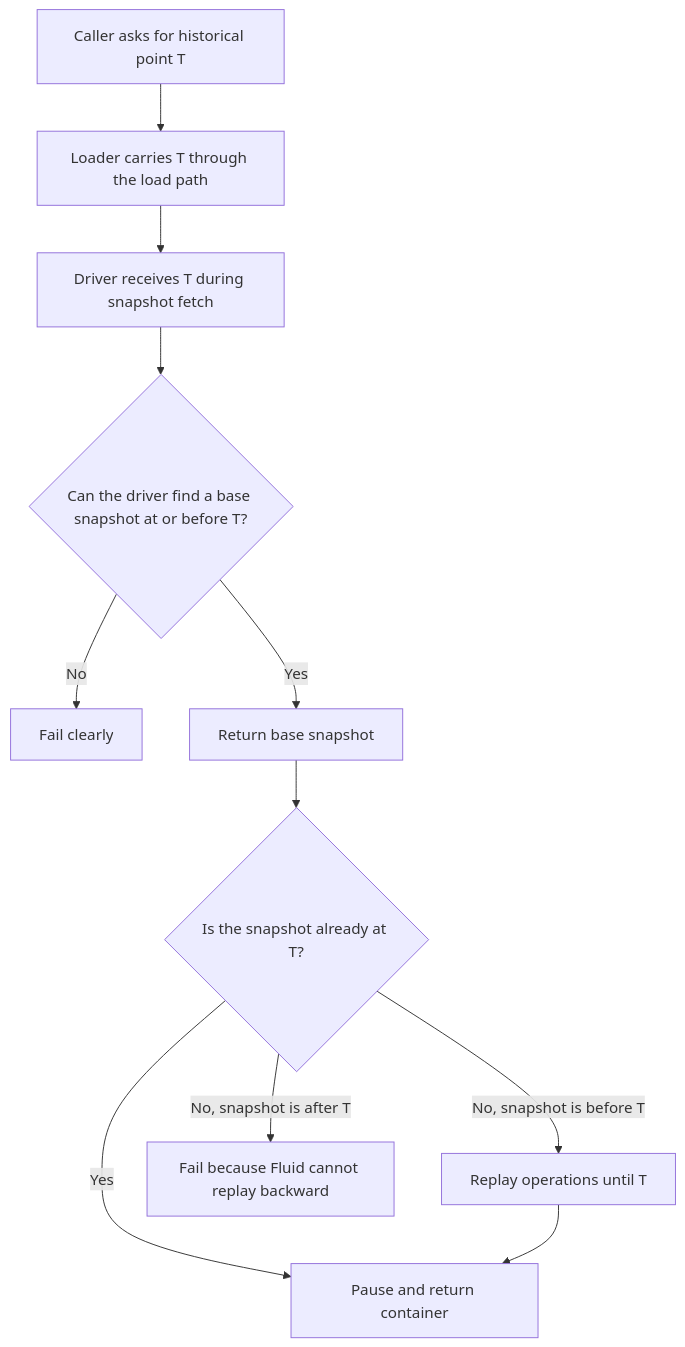
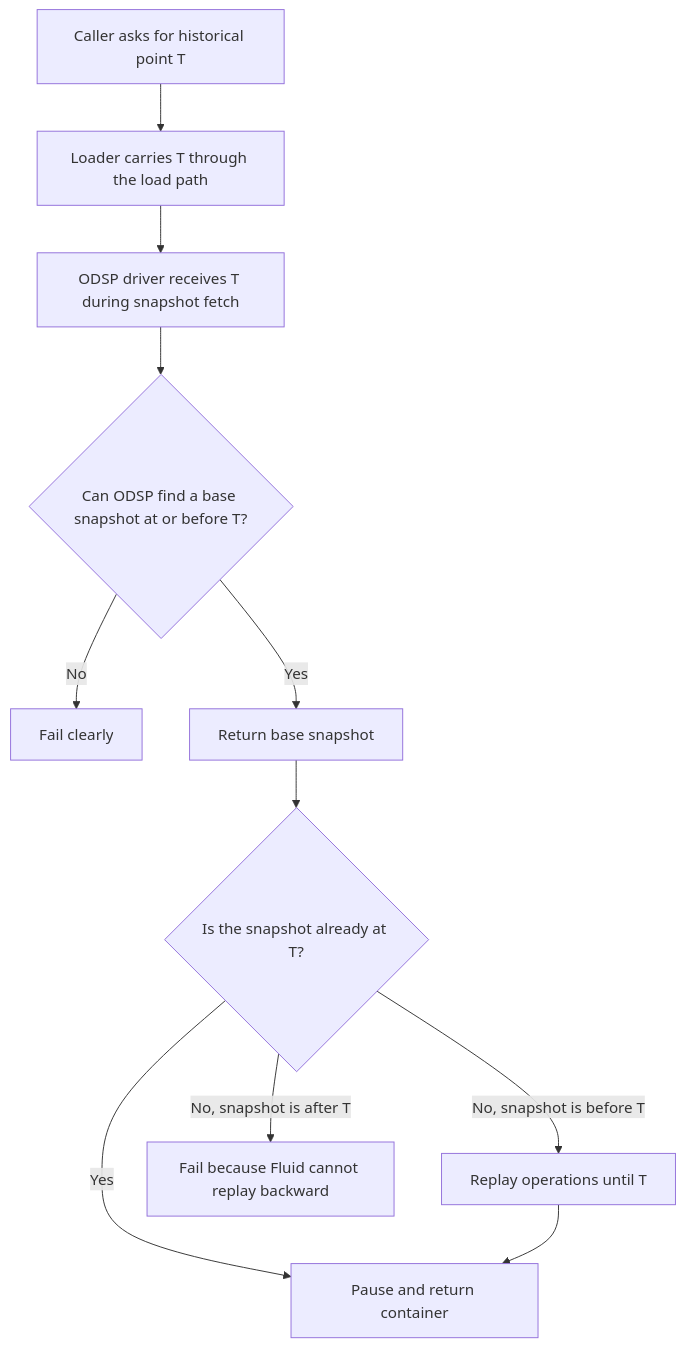
The first of 2 diagrams in packages/loader/container-loader/DEV.md (microsoft/FluidFramework), drawn with Mermaid before and after one commit. The commit also changed other lines of this file and 3 other files, not shown here.

````diff
--- a/packages/loader/container-loader/DEV.md
+++ b/packages/loader/container-loader/DEV.md
@@ -79,13 +79,13 @@
 ```mermaid
 flowchart TD
 	A[Caller asks for historical point T] --> B[Loader carries T through the load path]
-	B --> C[Driver receives T during snapshot fetch]
-	C --> D{Can the driver find a base snapshot at or before T?}
+	B --> C[ODSP driver receives T during snapshot fetch]
+	C --> D{Can ODSP find a base snapshot at or before T?}
 	D -->|No| E[Fail clearly]
 	D -->|Yes| F[Return base snapshot]
 	F --> G{Is the snapshot already at T?}
 	G -->|Yes| H[Pause and return container]
 	G -->|No, snapshot is before T| I[Replay operations until T]
 	G -->|No, snapshot is after T| J[Fail because Fluid cannot replay backward]
 	I --> H
 ```
````
